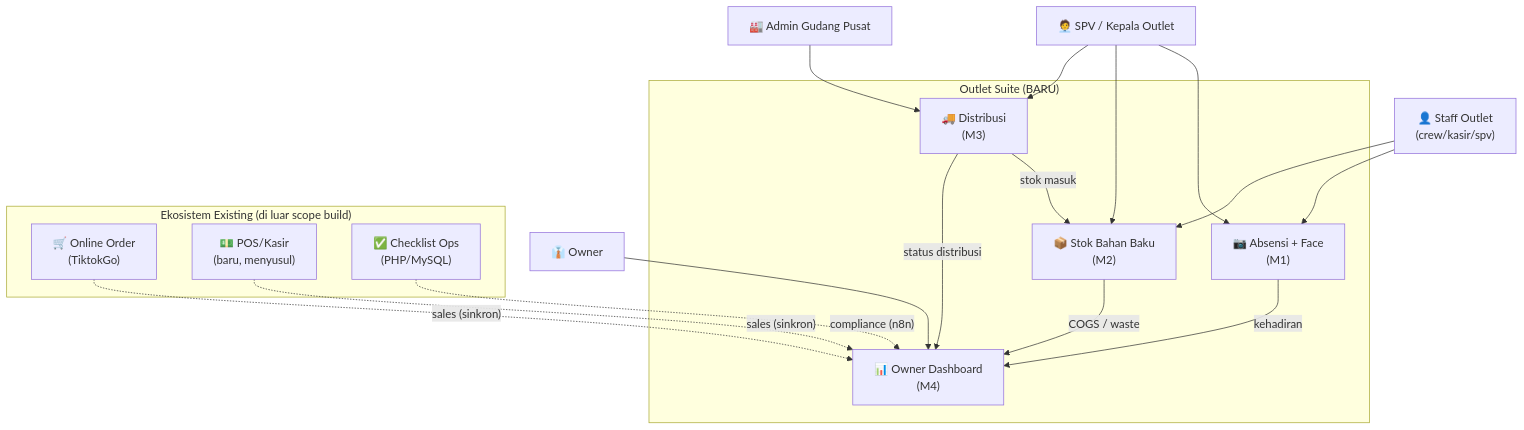
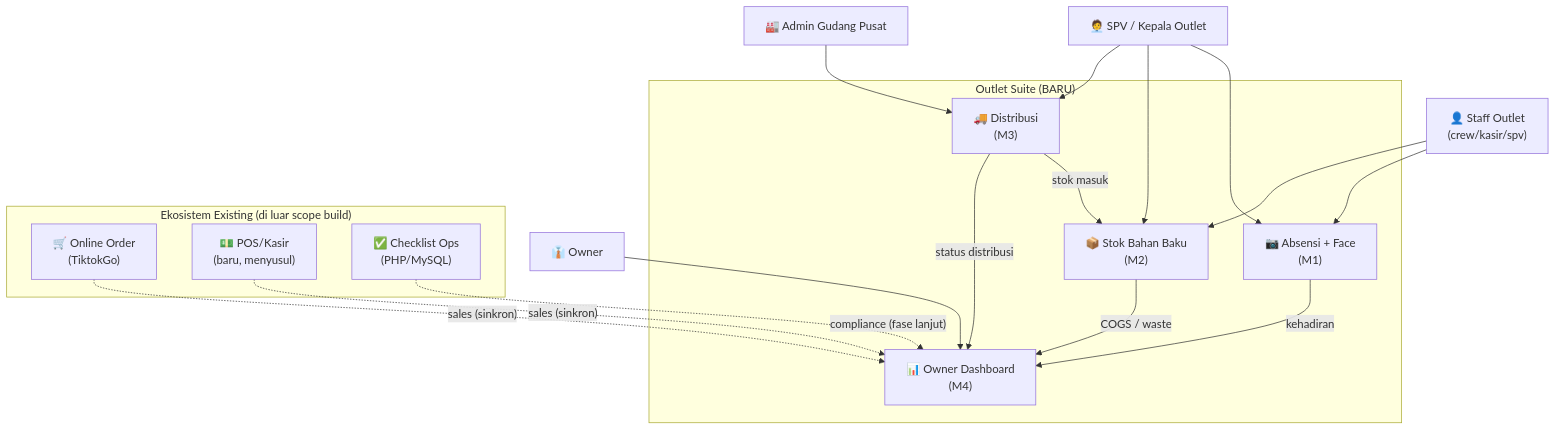
Before and after one commit to dev-sukashawarma/DIGITALISASI-SS-PROJECT: the first of 6 diagrams in docs/ARCHITECTURE.md, drawn with Mermaid. The commit also changed other lines of this file and 10 other files, not shown here.

````diff
--- a/docs/ARCHITECTURE.md
+++ b/docs/ARCHITECTURE.md
@@ -10,36 +10,36 @@
 ```mermaid
 flowchart TB
     staff["👤 Staff Outlet<br/>(crew/kasir/spv)"]
     spv["🧑‍💼 SPV / Kepala Outlet"]
     gudang["🏭 Admin Gudang Pusat"]
     owner["👔 Owner"]
 
     subgraph SUITE["Outlet Suite (BARU)"]
         m1["📷 Absensi + Face<br/>(M1)"]
         m2["📦 Stok Bahan Baku<br/>(M2)"]
         m3["🚚 Distribusi<br/>(M3)"]
         m4["📊 Owner Dashboard<br/>(M4)"]
     end
 
     subgraph EXIST["Ekosistem Existing (di luar scope build)"]
         online["🛒 Online Order<br/>(TiktokGo)"]
         pos["💵 POS/Kasir<br/>(baru, menyusul)"]
         checklist["✅ Checklist Ops<br/>(PHP/MySQL)"]
     end
 
     staff --> m1
     staff --> m2
     spv --> m1
     spv --> m2
     spv --> m3
     gudang --> m3
     owner --> m4
 
     m3 -->|"stok masuk"| m2
     m2 -->|"COGS / waste"| m4
     m1 -->|"kehadiran"| m4
     m3 -->|"status distribusi"| m4
     online -.->|"sales (sinkron)"| m4
     pos -.->|"sales (sinkron)"| m4
-    checklist -.->|"compliance (n8n)"| m4
+    checklist -.->|"compliance (fase lanjut)"| m4
 ```
````
